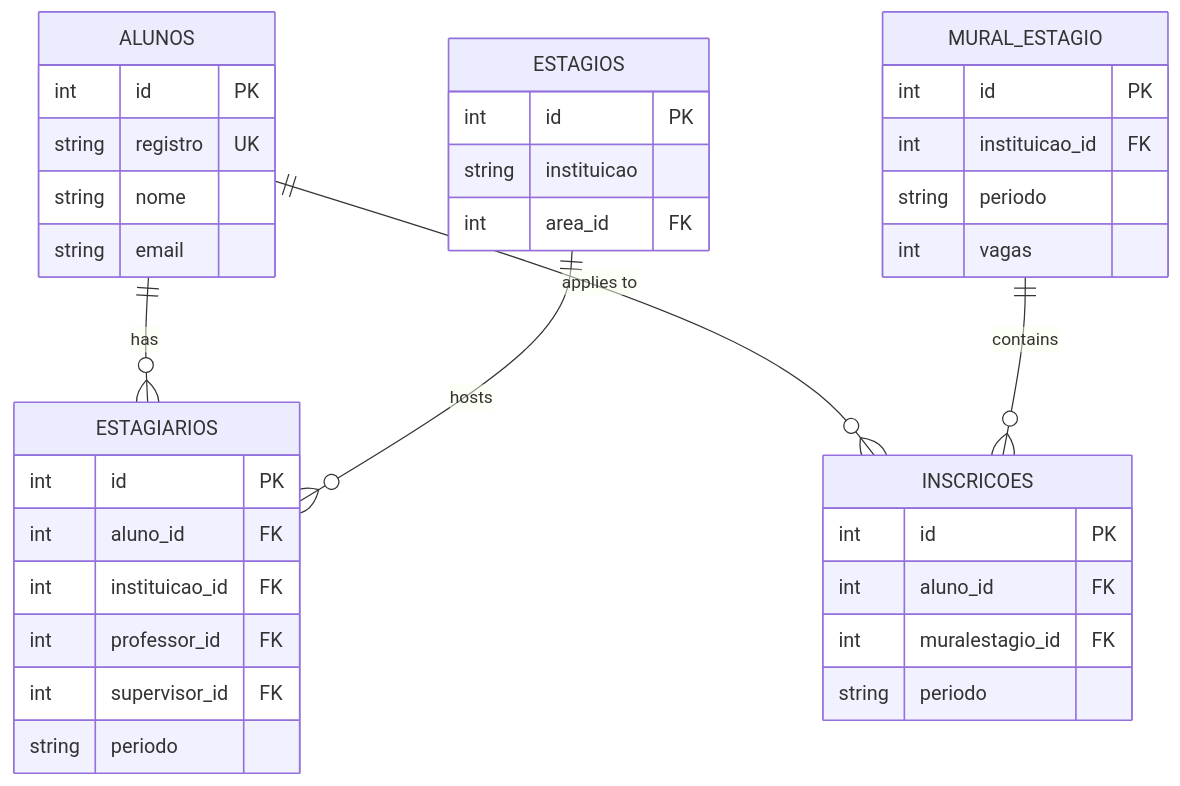
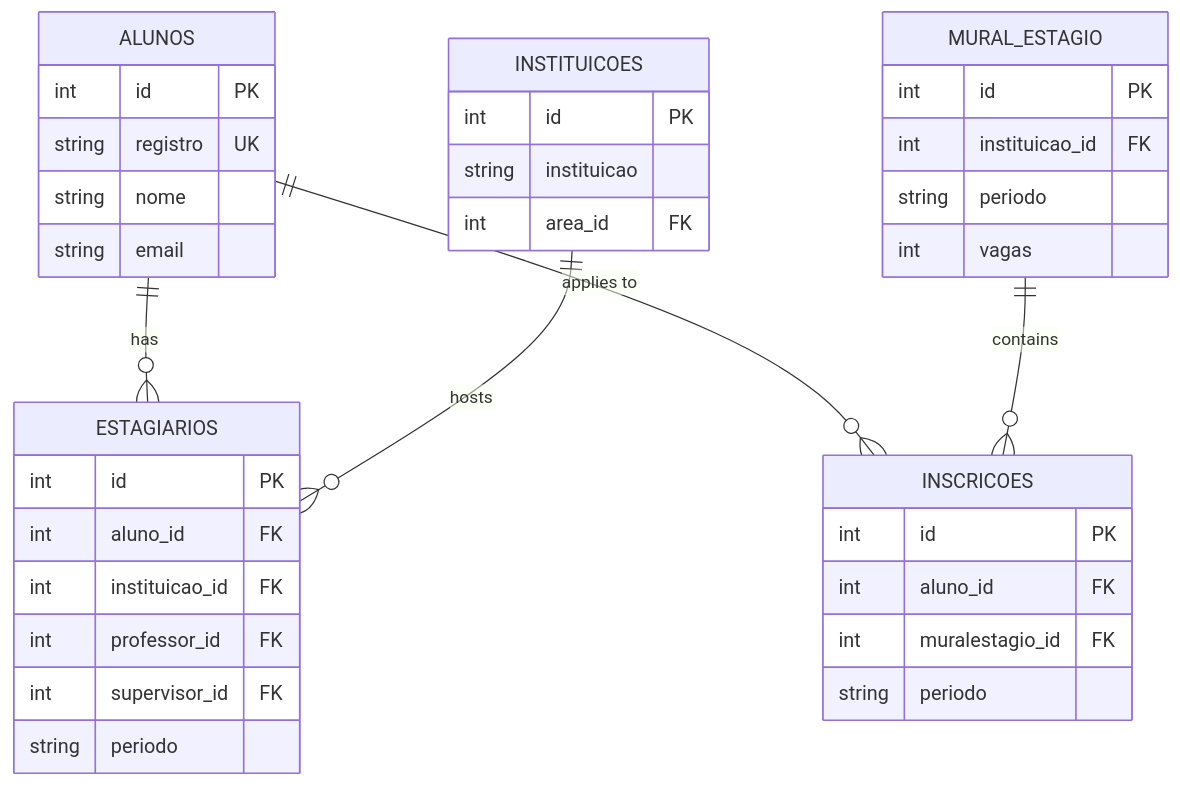
One commit to luiseduacosta/nodemural changed the eighth of 8 diagrams in .qoder/repowiki/en/content/Core Features Implementation/Core Features Implementation.md. Above: the diagram before and after it, drawn with Mermaid. The commit also changed other lines of this file and 25 other files, not shown here.

````diff
--- a/.qoder/repowiki/en/content/Core Features Implementation/Core Features Implementation.md
+++ b/.qoder/repowiki/en/content/Core Features Implementation/Core Features Implementation.md
@@ -457,38 +457,38 @@
 ```mermaid
 erDiagram
 ALUNOS {
 int id PK
 string registro UK
 string nome
 string email
 }
-ESTAGIOS {
+INSTITUICOES {
 int id PK
 string instituicao
 int area_id FK
 }
 ESTAGIARIOS {
 int id PK
 int aluno_id FK
 int instituicao_id FK
 int professor_id FK
 int supervisor_id FK
 string periodo
 }
 MURAL_ESTAGIO {
 int id PK
 int instituicao_id FK
 string periodo
 int vagas
 }
 INSCRICOES {
 int id PK
 int aluno_id FK
 int muralestagio_id FK
 string periodo
 }
 ALUNOS ||--o{ ESTAGIARIOS : "has"
-ESTAGIOS ||--o{ ESTAGIARIOS : "hosts"
+INSTITUICOES ||--o{ ESTAGIARIOS : "hosts"
 ALUNOS ||--o{ INSCRICOES : "applies to"
 MURAL_ESTAGIO ||--o{ INSCRICOES : "contains"
 ```
````
